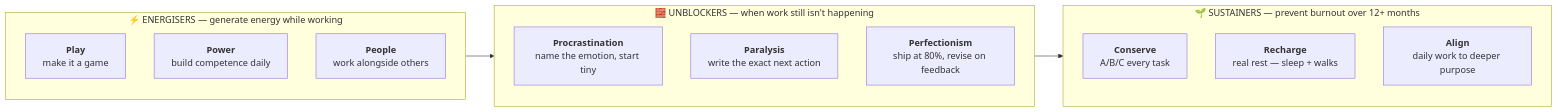
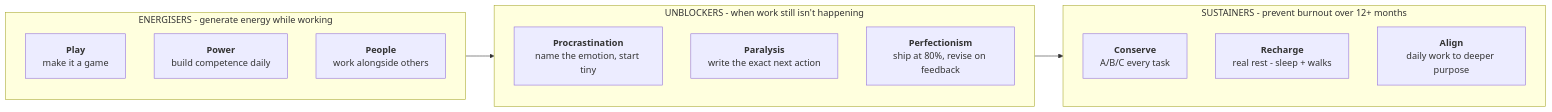
The diagram in docs/first-60-days/week-4/day-23.md (leotansingapore/aia-product-compass-hub), drawn with Mermaid before and after one commit. The commit also changed other lines of this file and 75 other files, not shown here.

````diff
--- a/docs/first-60-days/week-4/day-23.md
+++ b/docs/first-60-days/week-4/day-23.md
@@ -164,22 +164,22 @@
 ```mermaid
 flowchart LR
-    subgraph ENERGISERS["⚡ ENERGISERS — generate energy while working"]
+    subgraph ENERGISERS[" ENERGISERS - generate energy while working"]
         direction TB
         PL["<b>Play</b><br/>make it a game"]
         PW["<b>Power</b><br/>build competence daily"]
         PE["<b>People</b><br/>work alongside others"]
     end
-    subgraph UNBLOCKERS["🧱 UNBLOCKERS — when work still isn't happening"]
+    subgraph UNBLOCKERS[" UNBLOCKERS - when work still isn't happening"]
         direction TB
         PR["<b>Procrastination</b><br/>name the emotion, start tiny"]
         PA["<b>Paralysis</b><br/>write the exact next action"]
         PF["<b>Perfectionism</b><br/>ship at 80%, revise on feedback"]
     end
-    subgraph SUSTAINERS["🌱 SUSTAINERS — prevent burnout over 12+ months"]
+    subgraph SUSTAINERS[" SUSTAINERS - prevent burnout over 12+ months"]
         direction TB
         CO["<b>Conserve</b><br/>A/B/C every task"]
-        RE["<b>Recharge</b><br/>real rest — sleep + walks"]
+        RE["<b>Recharge</b><br/>real rest - sleep + walks"]
         AL["<b>Align</b><br/>daily work to deeper purpose"]
     end
     ENERGISERS --> UNBLOCKERS --> SUSTAINERS
 ```
````
